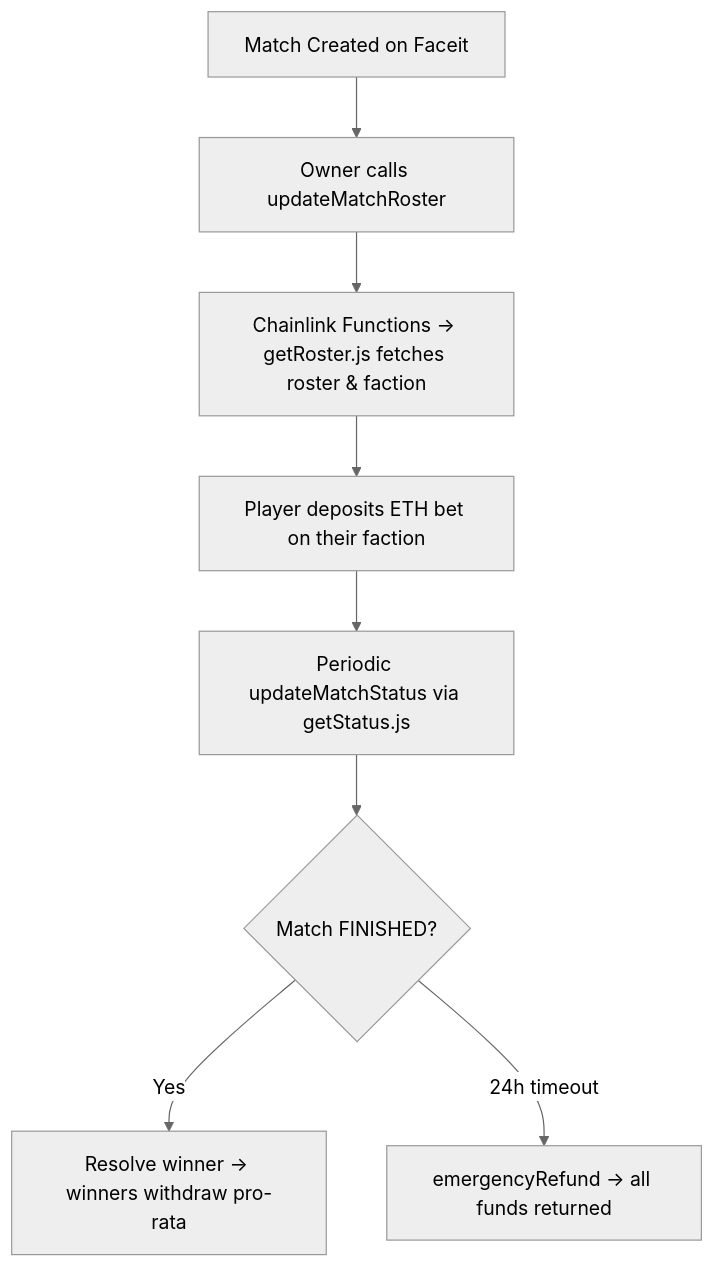
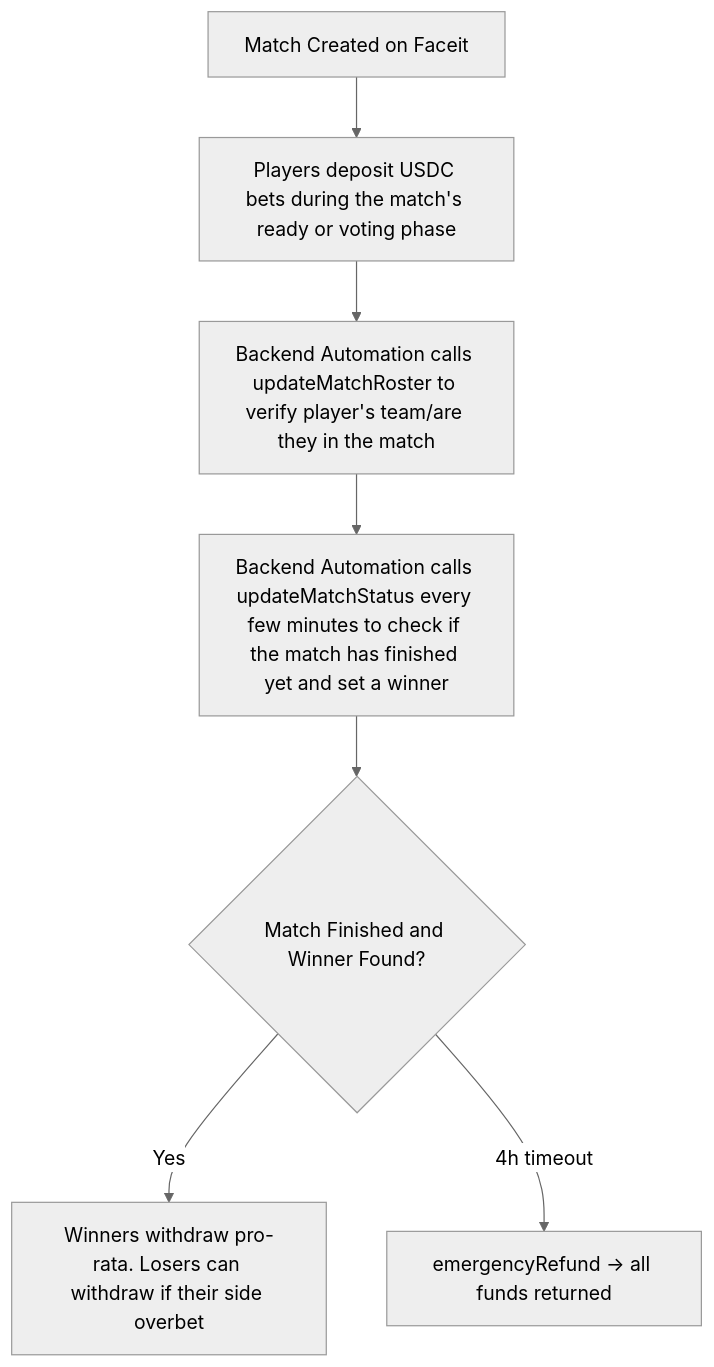
One commit to Fragbox-gg/fragbox-contracts changed the diagram in README.md. Above: the diagram before and after it, drawn with Mermaid (neutral theme). The commit also changed other lines of this file, not shown here.

````diff
--- a/README.md
+++ b/README.md
@@ -35,10 +29,9 @@
 ```mermaid
 flowchart TD
-    A[Match Created on Faceit] --> B[Owner calls updateMatchRoster]
-    B --> C[Chainlink Functions → getRoster.js fetches roster & faction]
-    C --> D[Player deposits ETH bet on their faction]
-    D --> E[Periodic updateMatchStatus via getStatus.js]
-    E --> F{Match FINISHED?}
-    F -->|Yes| G[Resolve winner → winners withdraw pro-rata]
-    F -->|24h timeout| H[emergencyRefund → all funds returned]
+    A[Match Created on Faceit] --> B[Players deposit USDC bets during the match's ready or voting phase]
+    B --> C[Backend Automation calls updateMatchRoster to verify player's team/are they in the match]
+    C --> D[Backend Automation calls updateMatchStatus every few minutes to check if the match has finished yet and set a winner]
+    D --> E{Match Finished and Winner Found?}
+    E --> |Yes| F[Winners withdraw pro-rata. Losers can withdraw if their side overbet]
+    E --> |4h timeout| G[emergencyRefund -> all funds returned]
 ```
````
